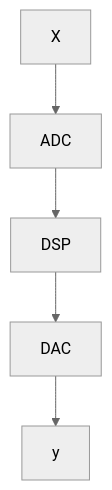
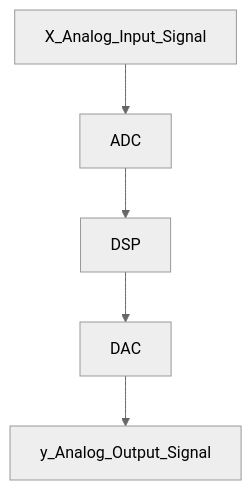
One commit to 0x9ONU/Obsidian-Notes changed the diagram in 2 - Sophomore Year/Fall 2023/Digital Signal Processing/Week 1/DSP Week 1 - Day 1.md. Above: the diagram before and after it, drawn with Mermaid (neutral theme). The commit also changed 2 other files, not shown here.

Commit message:
vault backup: 2023-08-23 12:18:40

````diff
--- a/2 - Sophomore Year/Fall 2023/Digital Signal Processing/Week 1/DSP Week 1 - Day 1.md
+++ b/2 - Sophomore Year/Fall 2023/Digital Signal Processing/Week 1/DSP Week 1 - Day 1.md
@@ -80,7 +80,7 @@
 ```mermaid
 flowchart
-X--> ADC
+X_Analog_Input_Signal--> ADC
 ADC-->DSP  
 DSP-->DAC  
-DAC--> y
+DAC--> y_Analog_Output_Signal
 ```
````
